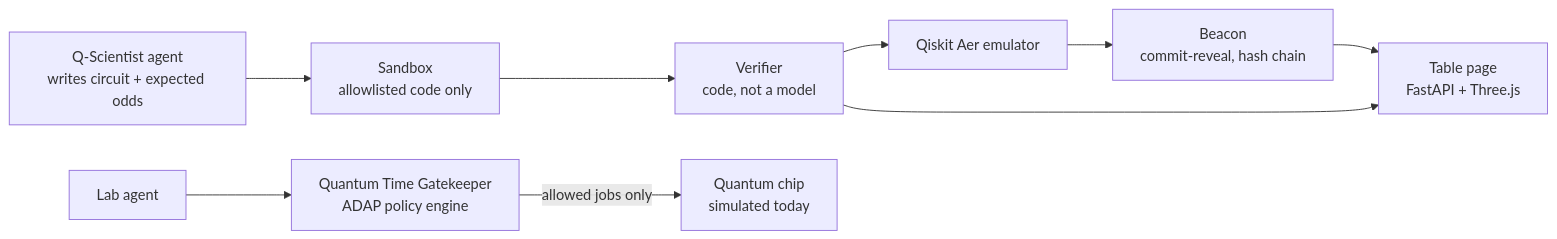
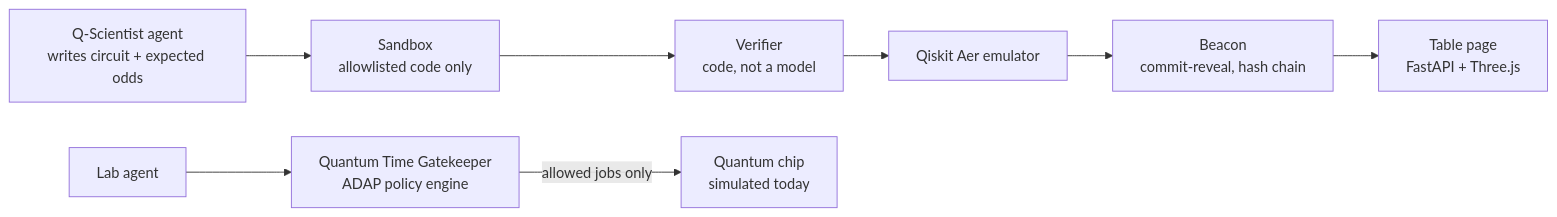
The diagram in README.md (ioannis75/quantum-table), drawn with Mermaid before and after one commit. The commit also changed other lines of this file, not shown here.

````diff
--- a/README.md
+++ b/README.md
@@ -29,10 +39,9 @@
 ```mermaid
 flowchart LR
   QS[Q-Scientist agent<br/>writes circuit + expected odds] --> SB[Sandbox<br/>allowlisted code only]
   SB --> V[Verifier<br/>code, not a model]
   V --> AER[Qiskit Aer emulator]
   AER --> B[Beacon<br/>commit-reveal, hash chain]
   B --> UI[Table page<br/>FastAPI + Three.js]
-  V --> UI
   LAB[Lab agent] --> GK[Quantum Time Gatekeeper<br/>ADAP policy engine] -->|allowed jobs only| CHIP[Quantum chip<br/>simulated today]
 ```
````
